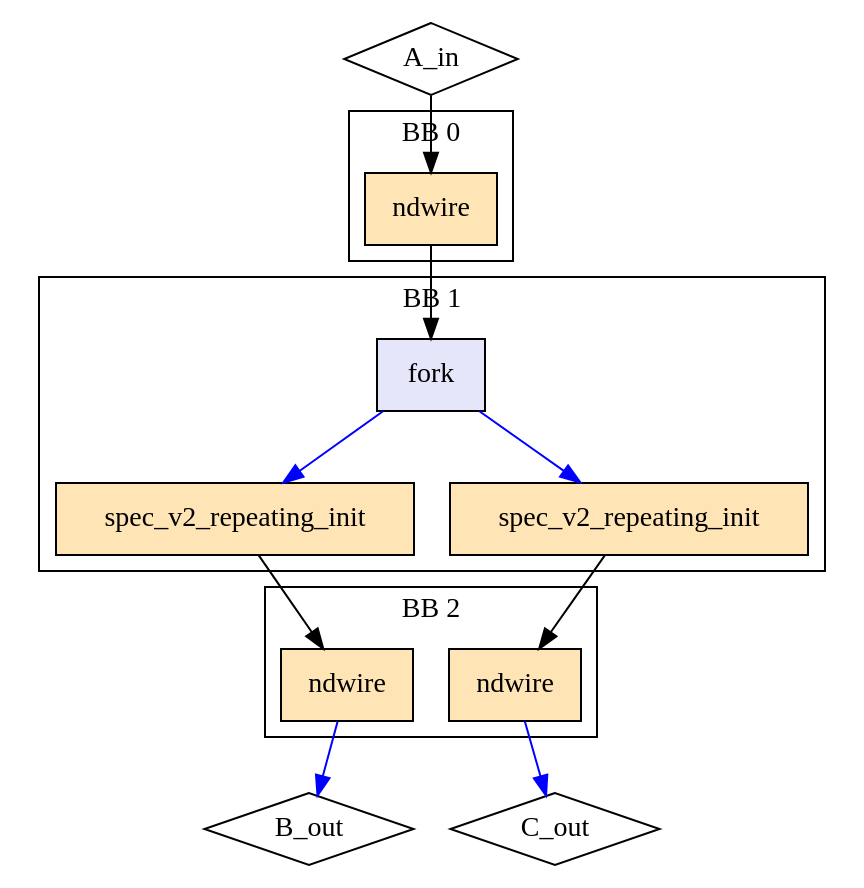
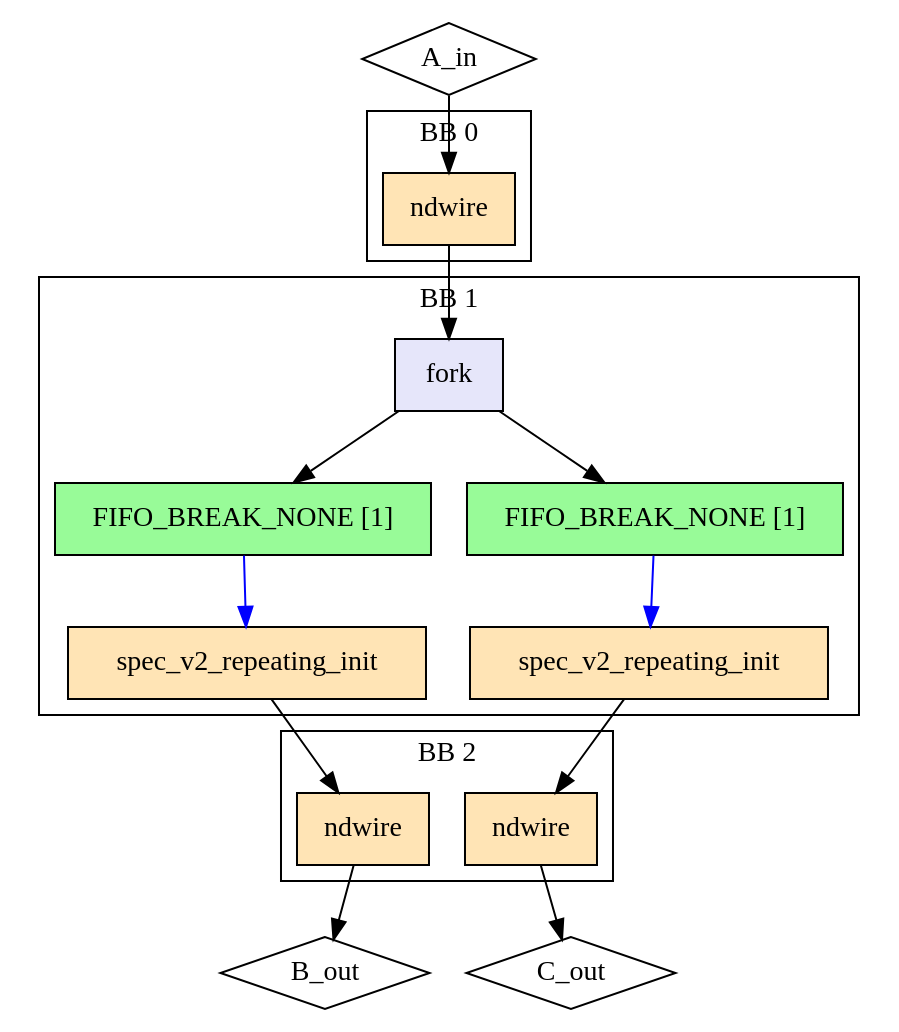
One commit to EPFL-LAP/dynamatic changed the diagram in experimental/tools/elastic-miter/out/swap/ri_fork/rhs_reachability/model.dot. Above: the diagram before and after it, drawn with Graphviz. The commit also changed 454 other files, not shown here.

```diff
--- a/experimental/tools/elastic-miter/out/swap/ri_fork/rhs_reachability/model.dot
+++ b/experimental/tools/elastic-miter/out/swap/ri_fork/rhs_reachability/model.dot
@@ -1,30 +1,34 @@
 Digraph G {
   splines=spline
   compound=true
   "A_in" ["style"="solid", "shape"="diamond", "label"="A_in", "mlir_op"="handshake.func"]
   "B_out" ["style"="solid", "shape"="diamond", "label"="B_out", "mlir_op"="handshake.func"]
   "C_out" ["style"="solid", "shape"="diamond", "label"="C_out", "mlir_op"="handshake.func"]
   "A_in" -> "ndw_in_A_in" ["dir"="both", "style"="solid", "arrowhead"="normal", "from_idx"="0", "to"="ins", "arrowtail"="none", "from"="A_in", "to_idx"="0"]
   "ndw_in_A_in" -> "fork" ["dir"="both", "style"="solid", "arrowhead"="normal", "from_idx"="0", "to"="ins", "arrowtail"="none", "from"="outs", "to_idx"="0"]
-  "ndw_out_B_out" -> "B_out" ["dir"="both", "style"="solid", "arrowhead"="normal", "from_idx"="0", "color"="blue", "to"="B_out", "arrowtail"="none", "from"="outs", "to_idx"="0"]
-  "ndw_out_C_out" -> "C_out" ["dir"="both", "style"="solid", "arrowhead"="normal", "from_idx"="0", "color"="blue", "to"="C_out", "arrowtail"="none", "from"="outs", "to_idx"="1"]
+  "ndw_out_B_out" -> "B_out" ["dir"="both", "style"="solid", "arrowhead"="normal", "from_idx"="0", "to"="B_out", "arrowtail"="none", "from"="outs", "to_idx"="0"]
+  "ndw_out_C_out" -> "C_out" ["dir"="both", "style"="solid", "arrowhead"="normal", "from_idx"="0", "to"="C_out", "arrowtail"="none", "from"="outs", "to_idx"="1"]
   "ri1" -> "ndw_out_B_out" ["dir"="both", "style"="solid", "arrowhead"="normal", "from_idx"="0", "to"="ins", "arrowtail"="none", "from"="outs", "to_idx"="0"]
   "ri2" -> "ndw_out_C_out" ["dir"="both", "style"="solid", "arrowhead"="normal", "from_idx"="0", "to"="ins", "arrowtail"="none", "from"="outs", "to_idx"="0"]
   subgraph cluster0 {
     graph ["label"="BB 0"]
     "ndw_in_A_in" ["style"="filled", "fillcolor"="moccasin", "shape"="box", "label"="ndwire", "mlir_op"="handshake.ndwire"]
   }
   subgraph cluster2 {
     graph ["label"="BB 2"]
     "ndw_out_B_out" ["style"="filled", "fillcolor"="moccasin", "shape"="box", "label"="ndwire", "mlir_op"="handshake.ndwire"]
     "ndw_out_C_out" ["style"="filled", "fillcolor"="moccasin", "shape"="box", "label"="ndwire", "mlir_op"="handshake.ndwire"]
   }
   subgraph cluster1 {
     graph ["label"="BB 1"]
     "fork" ["style"="filled", "fillcolor"="lavender", "shape"="box", "label"="fork", "mlir_op"="handshake.fork"]
+    "buffer1" ["style"="filled", "fillcolor"="palegreen", "shape"="box", "label"="FIFO_BREAK_NONE [1]", "mlir_op"="handshake.buffer"]
     "ri1" ["style"="filled", "fillcolor"="moccasin", "shape"="box", "label"="spec_v2_repeating_init", "mlir_op"="handshake.spec_v2_repeating_init"]
+    "buffer2" ["style"="filled", "fillcolor"="palegreen", "shape"="box", "label"="FIFO_BREAK_NONE [1]", "mlir_op"="handshake.buffer"]
     "ri2" ["style"="filled", "fillcolor"="moccasin", "shape"="box", "label"="spec_v2_repeating_init", "mlir_op"="handshake.spec_v2_repeating_init"]
-    "fork" -> "ri1" ["dir"="both", "style"="solid", "arrowhead"="normal", "from_idx"="0", "color"="blue", "to"="ins", "arrowtail"="none", "from"="outs_0", "to_idx"="0"]
-    "fork" -> "ri2" ["dir"="both", "style"="solid", "arrowhead"="normal", "from_idx"="1", "color"="blue", "to"="ins", "arrowtail"="none", "from"="outs_1", "to_idx"="0"]
+    "fork" -> "buffer1" ["dir"="both", "style"="solid", "arrowhead"="normal", "from_idx"="0", "to"="ins", "arrowtail"="none", "from"="outs_0", "to_idx"="0"]
+    "fork" -> "buffer2" ["dir"="both", "style"="solid", "arrowhead"="normal", "from_idx"="1", "to"="ins", "arrowtail"="none", "from"="outs_1", "to_idx"="0"]
+    "buffer1" -> "ri1" ["dir"="both", "style"="solid", "arrowhead"="normal", "from_idx"="0", "color"="blue", "to"="ins", "arrowtail"="none", "from"="outs", "to_idx"="0"]
+    "buffer2" -> "ri2" ["dir"="both", "style"="solid", "arrowhead"="normal", "from_idx"="0", "color"="blue", "to"="ins", "arrowtail"="none", "from"="outs", "to_idx"="0"]
   }
 }
```
